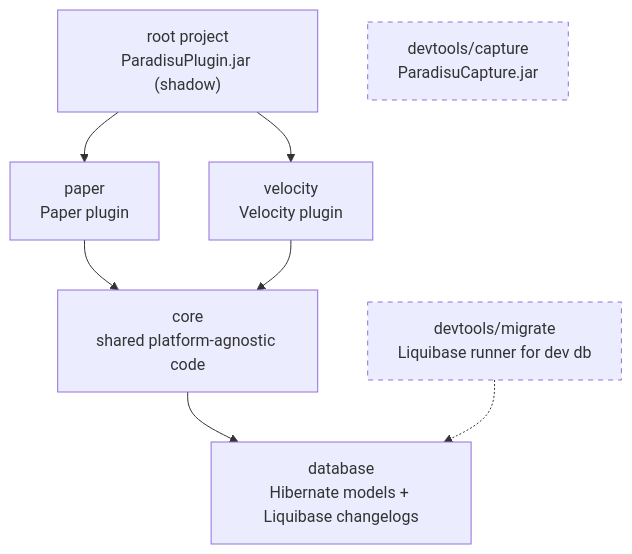
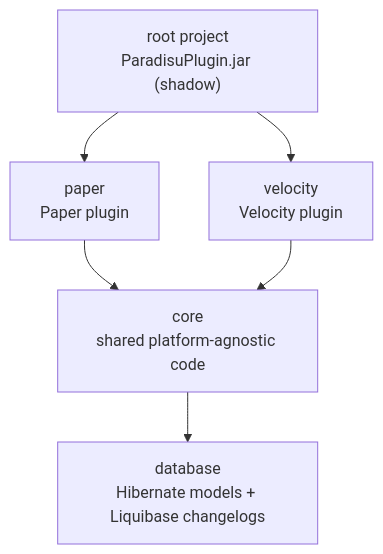
Before and after one commit to Paradisu/ParadisuPlugin: the second of 8 diagrams in CONTRIBUTING.md, drawn with Mermaid. The commit also changed other lines of this file and 167 other files, not shown here.

````diff
--- a/CONTRIBUTING.md
+++ b/CONTRIBUTING.md
@@ -40,19 +40,14 @@
 ```mermaid
 graph TD
     root["root project<br/>ParadisuPlugin.jar (shadow)"]
     paper["paper<br/>Paper plugin"]
     velocity["velocity<br/>Velocity plugin"]
     core["core<br/>shared platform-agnostic code"]
     database["database<br/>Hibernate models + Liquibase changelogs"]
-    migrate["devtools/migrate<br/>Liquibase runner for dev db"]
-    capture["devtools/capture<br/>ParadisuCapture.jar"]
 
     root --> paper
     root --> velocity
     paper --> core
     velocity --> core
     core --> database
-    migrate -.-> database
-    classDef dev stroke-dasharray: 5 5
-    class migrate,capture dev
 ```
````
